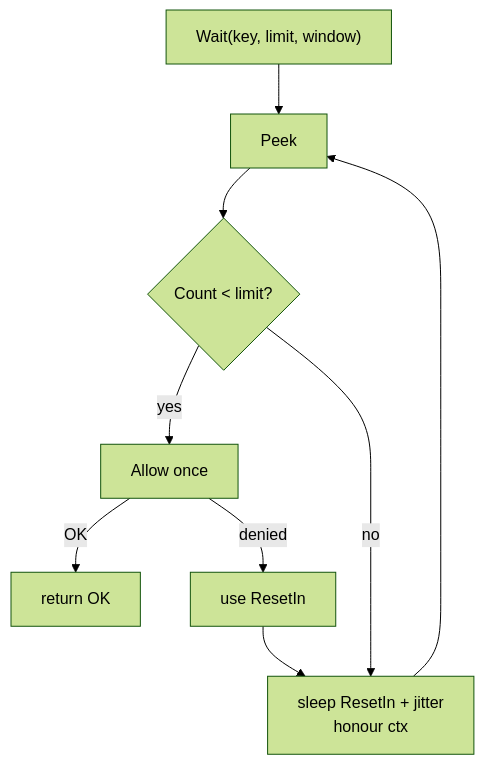
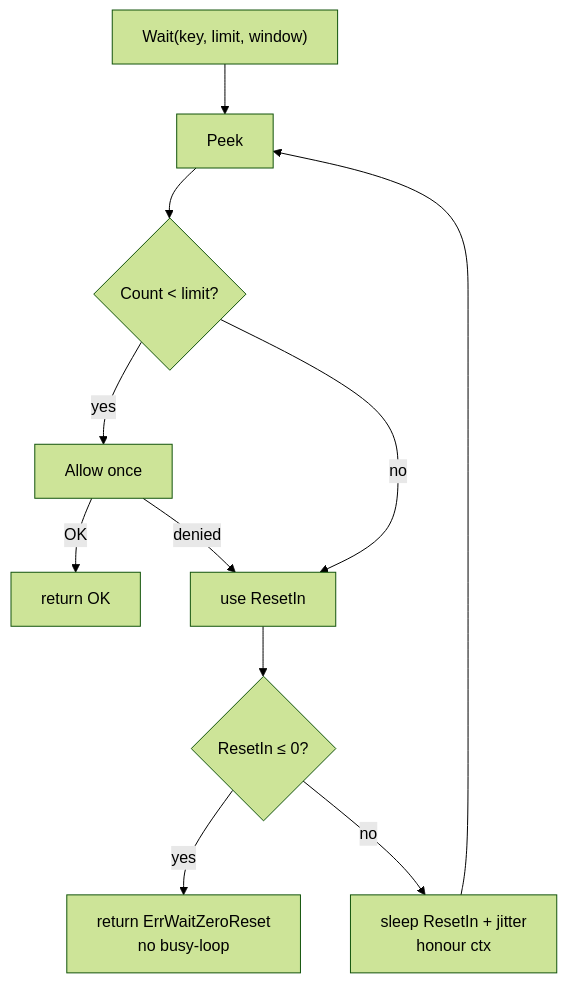
One commit to caerus-framework/caerus-framework-http-ratelimiter changed the third of 4 diagrams in README.md. Above: the diagram before and after it, drawn with Mermaid (forest theme). The commit also changed other lines of this file and 6 other files, not shown here.

````diff
--- a/README.md
+++ b/README.md
@@ -86,11 +86,13 @@
 ```mermaid
 flowchart TD
   W["Wait(key, limit, window)"] --> Peek[Peek]
   Peek --> Q{"Count < limit?"}
   Q -->|yes| Allow[Allow once]
   Allow -->|OK| Done[return OK]
   Allow -->|denied| Reset[use ResetIn]
-  Reset --> Sleep
-  Q -->|no| Sleep["sleep ResetIn + jitter<br/>honour ctx"]
+  Q -->|no| Reset
+  Reset --> Z{"ResetIn ≤ 0?"}
+  Z -->|yes| Err["return ErrWaitZeroReset<br/>no busy-loop"]
+  Z -->|no| Sleep["sleep ResetIn + jitter<br/>honour ctx"]
   Sleep --> Peek
 ```
````
